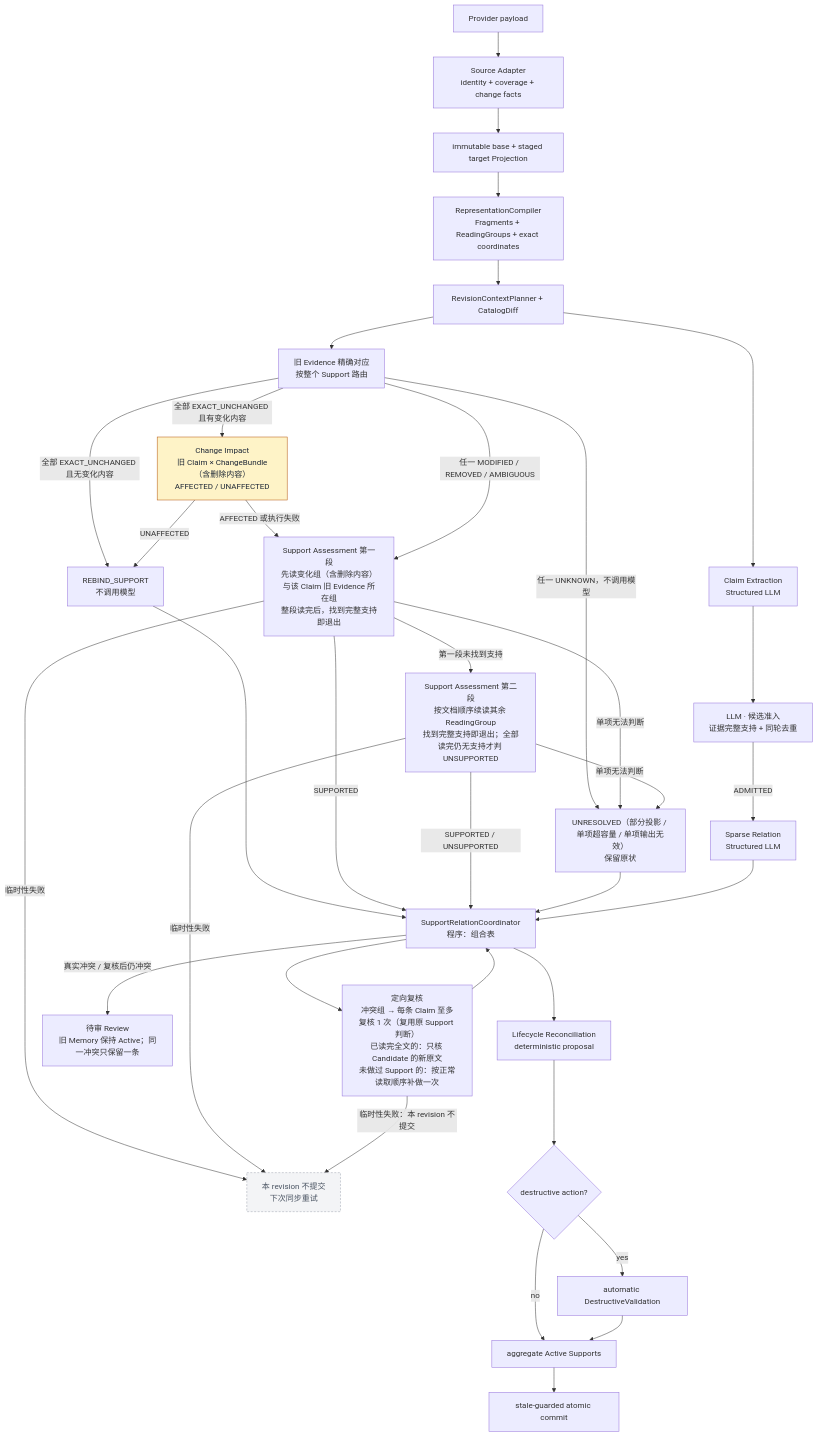
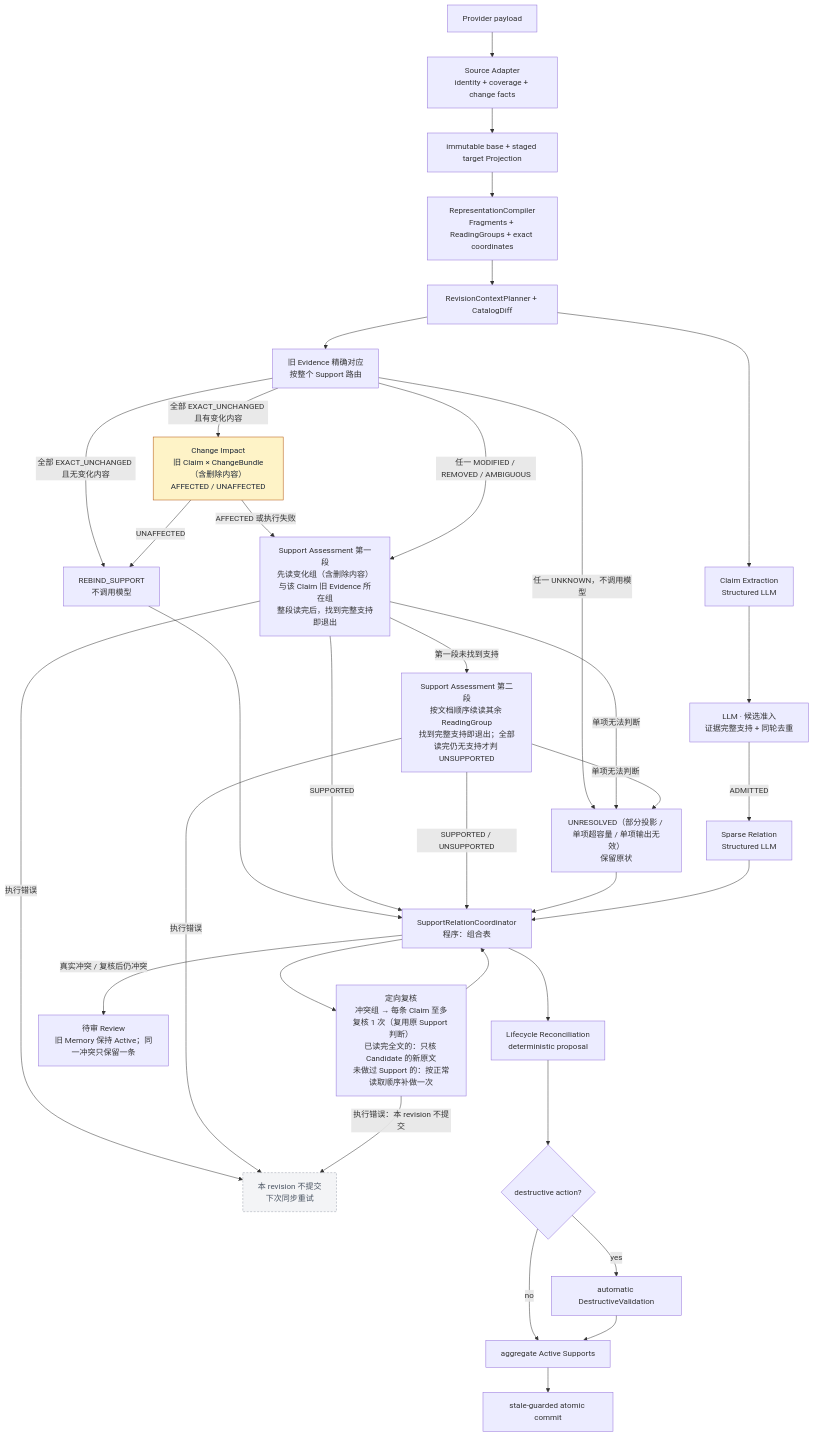
The first of 2 diagrams in docs/design/source-sync-to-memory.md (shno-labs/mem-forge), drawn with Mermaid before and after one commit. The commit also changed other lines of this file and 15 other files, not shown here.

````diff
--- a/docs/design/source-sync-to-memory.md
+++ b/docs/design/source-sync-to-memory.md
@@ -31,62 +31,62 @@
 ```mermaid
 flowchart TD
     A[Provider payload] --> B[Source Adapter
 identity + coverage + change facts]
     B --> C[immutable base + staged target Projection]
     C --> R[RepresentationCompiler
 Fragments + ReadingGroups + exact coordinates]
     R --> D[RevisionContextPlanner + CatalogDiff]
     D --> E[Claim Extraction
 Structured LLM]
     E --> G[LLM · 候选准入
 证据完整支持 + 同轮去重]
     G -->|ADMITTED| H[Sparse Relation
 Structured LLM]
     D --> P[旧 Evidence 精确对应
 按整个 Support 路由]
     P -->|全部 EXACT_UNCHANGED 且无变化内容| RB[REBIND_SUPPORT
 不调用模型]
     P -->|全部 EXACT_UNCHANGED 且有变化内容| Y[Change Impact
 旧 Claim × ChangeBundle（含删除内容）
 AFFECTED / UNAFFECTED]
     Y -->|UNAFFECTED| RB
     Y -->|AFFECTED 或执行失败| F1[Support Assessment 第一段
 先读变化组（含删除内容）与该 Claim 旧 Evidence 所在组
 整段读完后，找到完整支持即退出]
     P -->|任一 MODIFIED / REMOVED / AMBIGUOUS| F1
     F1 -->|第一段未找到支持| F2[Support Assessment 第二段
 按文档顺序续读其余 ReadingGroup
 找到完整支持即退出；全部读完仍无支持才判 UNSUPPORTED]
     P -->|任一 UNKNOWN，不调用模型| U[UNRESOLVED（部分投影 / 单项超容量 / 单项输出无效）
 保留原状]
     F1 -->|单项无法判断| U
     F2 -->|单项无法判断| U
-    F1 -->|临时性失败| XF[本 revision 不提交
+    F1 -->|执行错误| XF[本 revision 不提交
 下次同步重试]
-    F2 -->|临时性失败| XF
+    F2 -->|执行错误| XF
     RB --> CO[SupportRelationCoordinator
 程序：组合表]
     F1 -->|SUPPORTED| CO
     F2 -->|SUPPORTED / UNSUPPORTED| CO
     U --> CO
     H --> CO
     CO --> RC[定向复核
 冲突组 → 每条 Claim 至多复核 1 次（复用原 Support 判断）
 已读完全文的：只核 Candidate 的新原文
 未做过 Support 的：按正常读取顺序补做一次]
     RC --> CO
-    RC -->|临时性失败：本 revision 不提交| XF
+    RC -->|执行错误：本 revision 不提交| XF
     CO -->|真实冲突 / 复核后仍冲突| RV[待审 Review
 旧 Memory 保持 Active；同一冲突只保留一条]
     CO --> I[Lifecycle Reconciliation
 deterministic proposal]
     I --> J{destructive action?}
     J -- no --> L[aggregate Active Supports]
     J -- yes --> K[automatic DestructiveValidation]
     K --> L
     L --> M[stale-guarded atomic commit]
     classDef classifier fill:#fef3c7,stroke:#b45309,color:#1f2937
     class Y classifier
     classDef failnote fill:#f3f4f6,stroke:#9ca3af,stroke-dasharray:4 3,color:#4b5563
     class XF failnote
 ```
````
